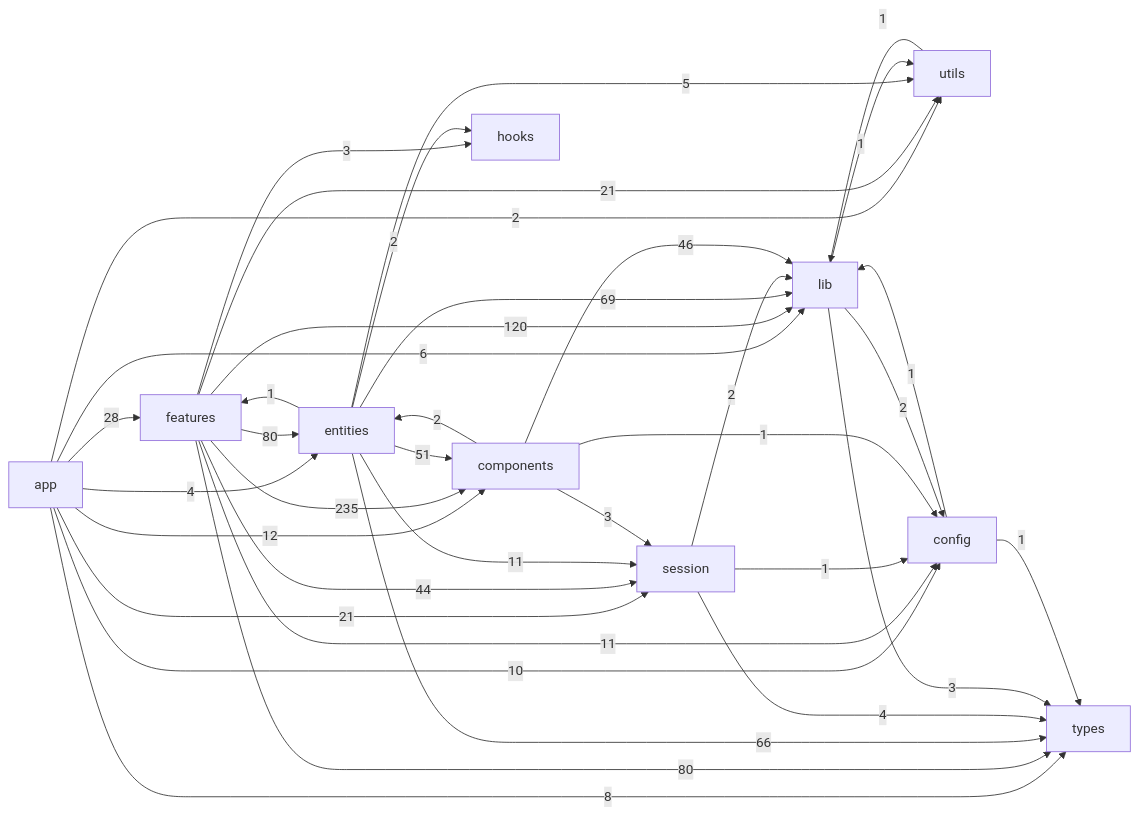
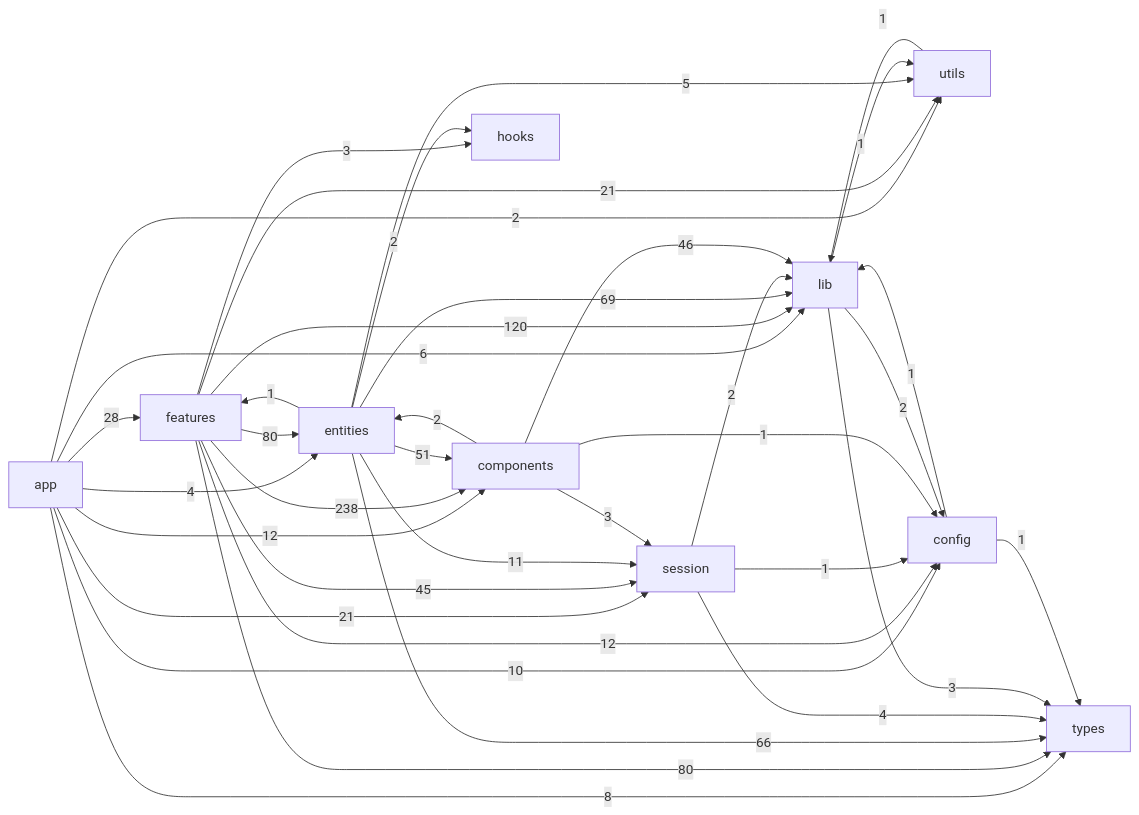
One commit to JohnnyZhao2/LMS changed the diagram in lms_frontend/docs/generated/feature-dependency-graph.md. Above: the diagram before and after it, drawn with Mermaid. The commit also changed other lines of this file and 8 other files, not shown here.

````diff
--- a/lms_frontend/docs/generated/feature-dependency-graph.md
+++ b/lms_frontend/docs/generated/feature-dependency-graph.md
@@ -7,49 +7,49 @@
 ```mermaid
 flowchart LR
   app["app"]
   features["features"]
   entities["entities"]
   session["session"]
   components["components"]
   hooks["hooks"]
   lib["lib"]
   utils["utils"]
   config["config"]
   types["types"]
   app -->|28| features
   app -->|4| entities
   app -->|21| session
   app -->|12| components
   app -->|6| lib
   app -->|2| utils
   app -->|10| config
   app -->|8| types
   features -->|80| entities
-  features -->|44| session
-  features -->|235| components
+  features -->|45| session
+  features -->|238| components
   features -->|3| hooks
   features -->|120| lib
   features -->|21| utils
-  features -->|11| config
+  features -->|12| config
   features -->|80| types
   entities -->|1| features
   entities -->|11| session
   entities -->|51| components
   entities -->|2| hooks
   entities -->|69| lib
   entities -->|5| utils
   entities -->|66| types
   session -->|2| lib
   session -->|1| config
   session -->|4| types
   components -->|2| entities
   components -->|3| session
   components -->|46| lib
   components -->|1| config
   lib -->|1| utils
   lib -->|2| config
   lib -->|3| types
   utils -->|1| lib
   config -->|1| lib
   config -->|1| types
 ```
````
